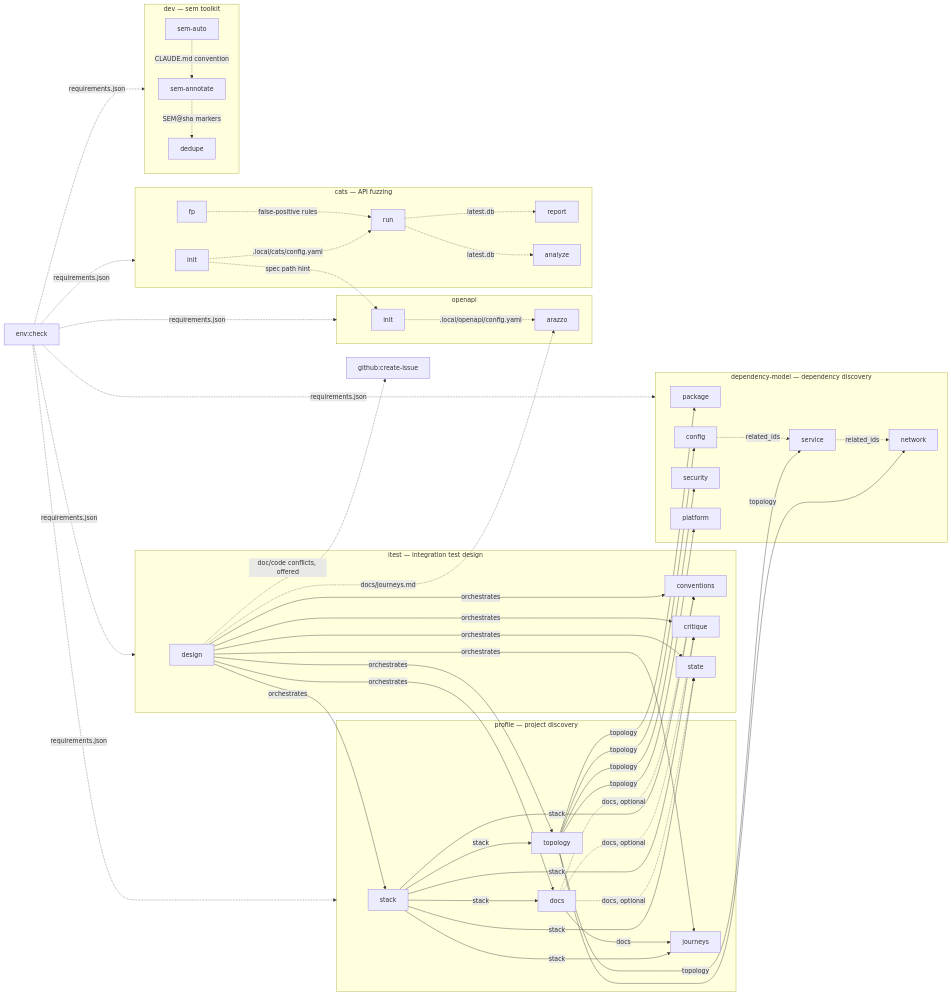
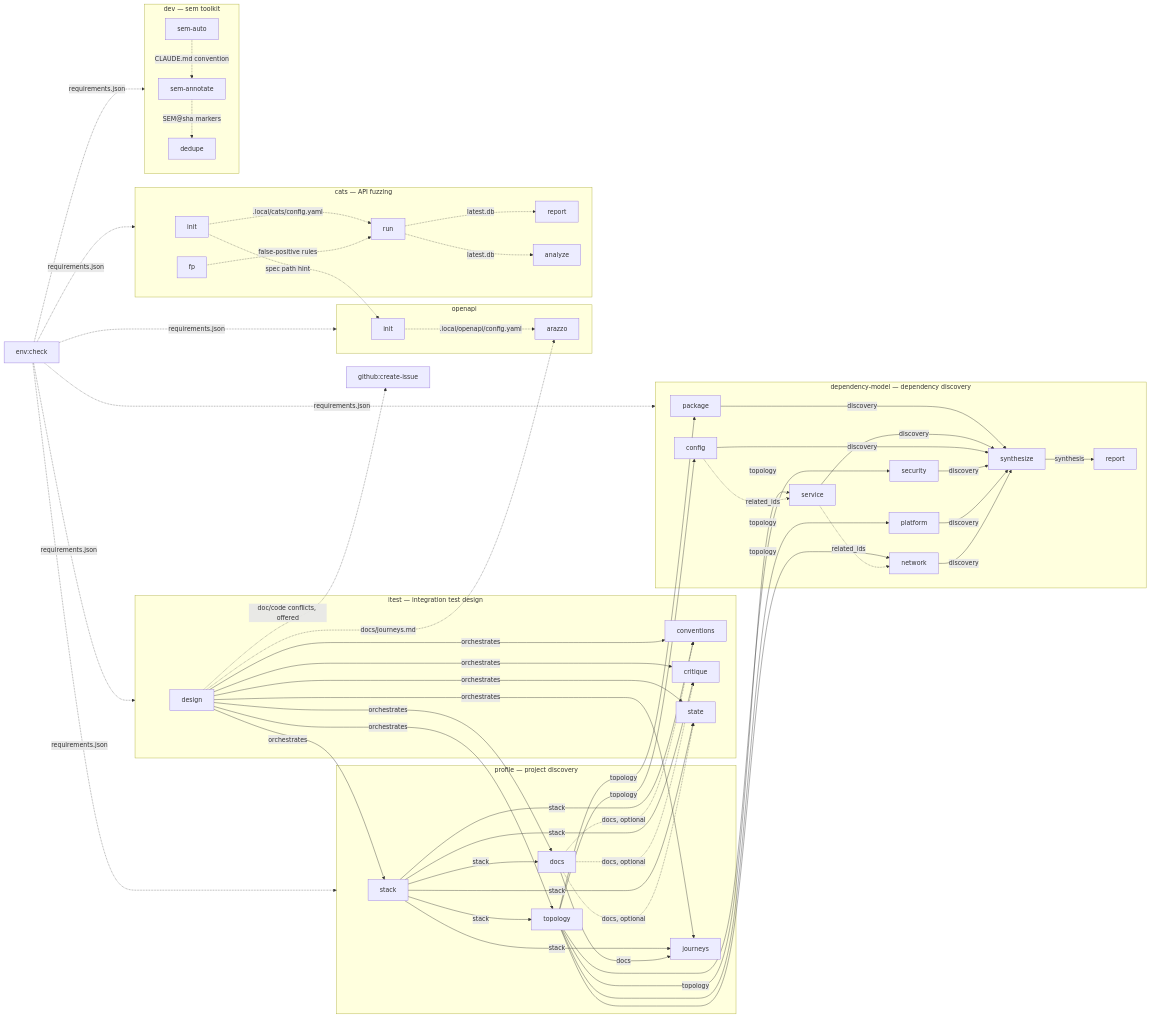
Before and after one commit to ericfitz/skills: the diagram in docs/ARCHITECTURE.md, drawn with Mermaid. The commit also changed other lines of this file, not shown here.

Commit message:
docs(architecture): map the synthesis skills into the graph (#49)

```diff
--- a/docs/ARCHITECTURE.md
+++ b/docs/ARCHITECTURE.md
@@ -73,6 +73,8 @@
     x_sec["security"]
     x_plat["platform"]
     x_net["network"]
+    x_synth["synthesize"]
+    x_report["report"]
   end
 
   gh["github:create-issue"]
@@ -121,6 +123,14 @@
   x_svc -. "related_ids" .-> x_net
   x_cfg -. "related_ids" .-> x_svc
 
+  x_pkg -- "discovery" --> x_synth
+  x_svc -- "discovery" --> x_synth
+  x_cfg -- "discovery" --> x_synth
+  x_sec -- "discovery" --> x_synth
+  x_plat -- "discovery" --> x_synth
+  x_net -- "discovery" --> x_synth
+  x_synth -- "synthesis" --> x_report
+
   envchk -. "requirements.json" .-> profile
   envchk -. "requirements.json" .-> itest
   envchk -. "requirements.json" .-> openapi
```
